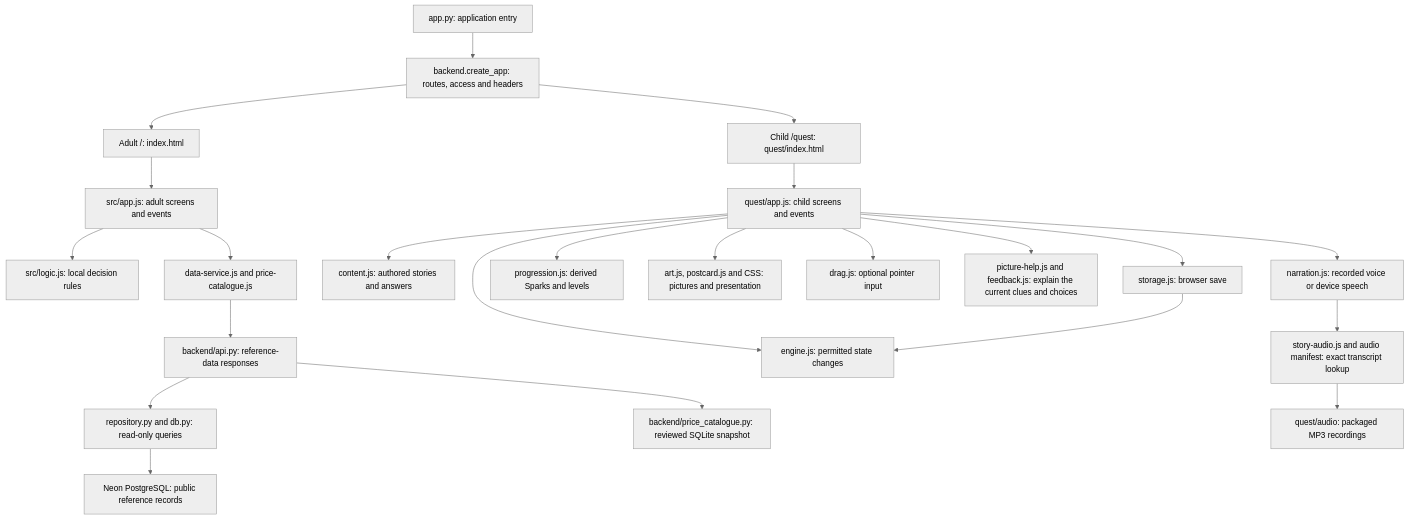
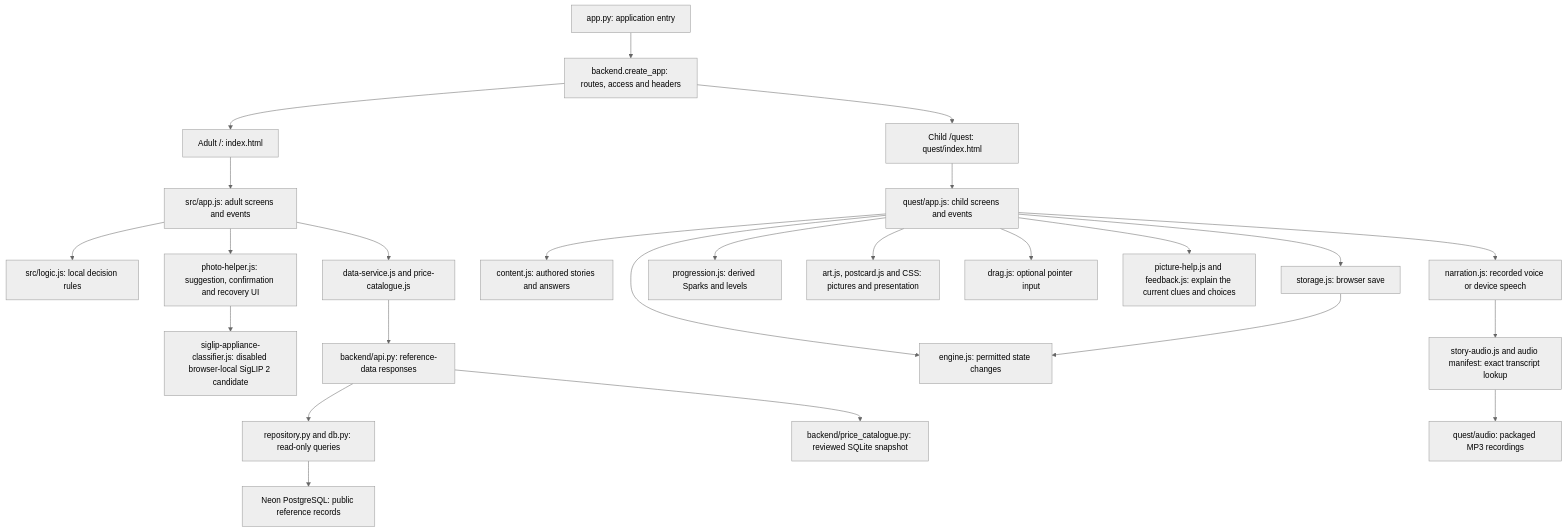
Before and after one commit to dilan-monash/fix-forward: the diagram in docs/DEVELOPER_HANDOVER.md, drawn with Mermaid (neutral theme). The commit also changed other lines of this file and 83 other files, not shown here.

````diff
--- a/docs/DEVELOPER_HANDOVER.md
+++ b/docs/DEVELOPER_HANDOVER.md
@@ -46,25 +44,27 @@
 ```mermaid
 flowchart TD
   A["app.py: application entry"] --> B["backend.create_app: routes, access and headers"]
   B --> C["Adult /: index.html"]
   B --> D["Child /quest: quest/index.html"]
   C --> E["src/app.js: adult screens and events"]
   E --> F["src/logic.js: local decision rules"]
   E --> G["data-service.js and price-catalogue.js"]
+  E --> W["photo-helper.js: suggestion, confirmation and recovery UI"]
+  W --> X["siglip-appliance-classifier.js: disabled browser-local SigLIP 2 candidate"]
   G --> H["backend/api.py: reference-data responses"]
   H --> I["repository.py and db.py: read-only queries"]
   I --> J["Neon PostgreSQL: public reference records"]
   H --> K["backend/price_catalogue.py: reviewed SQLite snapshot"]
   D --> L["quest/app.js: child screens and events"]
   L --> M["content.js: authored stories and answers"]
   L --> N["engine.js: permitted state changes"]
   L --> O["storage.js: browser save"]
   O --> N
   L --> P["progression.js: derived Sparks and levels"]
   L --> Q["art.js, postcard.js and CSS: pictures and presentation"]
   L --> R["drag.js: optional pointer input"]
   L --> S["picture-help.js and feedback.js: explain the current clues and choices"]
   L --> T["narration.js: recorded voice or device speech"]
   T --> U["story-audio.js and audio manifest: exact transcript lookup"]
   U --> V["quest/audio: packaged MP3 recordings"]
 ```
````
